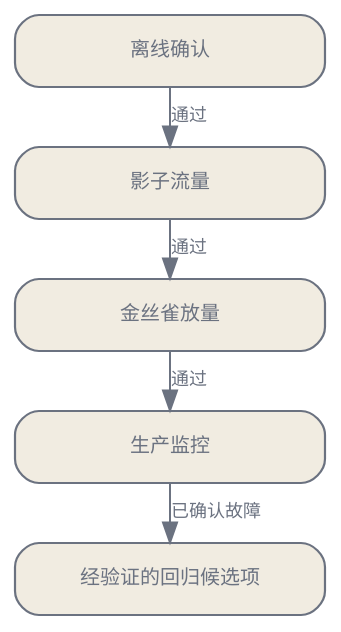
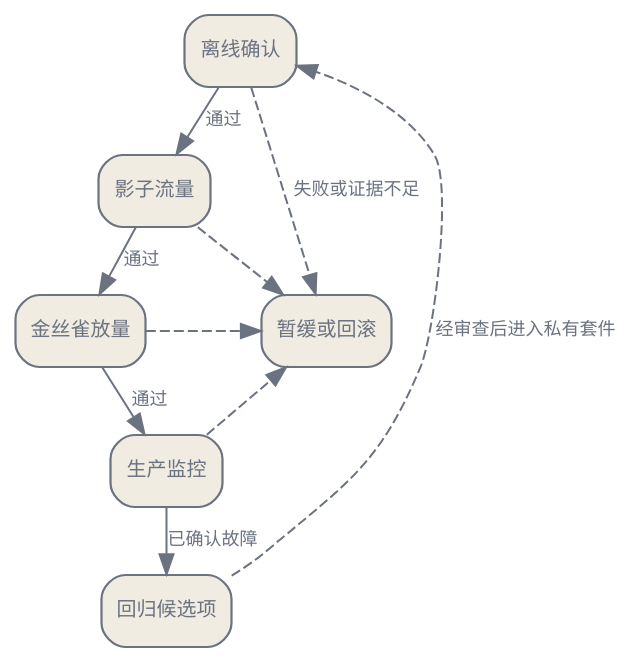
One commit to latere-ai/ai-as-an-infrastructure changed the diagram in zh/evaluation/07-operational-evaluation.qmd. Above: the diagram before and after it, drawn with Graphviz. The commit also changed 1 other file, not shown here.

Commit message:
evaluation: release gates draw the hold or rollback path from every stage and the reviewed return to the suite
The caption says failure or insufficient evidence at any stage holds or rolls back the candidate and that confirmed production failures return to the private suite only after review; neither path was drawn. Each stage now has a dashed edge to hold or roll back, and the regression candidate returns to offline confirmation through intake review.

````diff
--- a/zh/evaluation/07-operational-evaluation.qmd
+++ b/zh/evaluation/07-operational-evaluation.qmd
@@ -60,20 +60,27 @@
 ```{dot}
 //| label: fig-operational-evaluation-gates
 //| fig-cap: "一次发布会依次经过四个证据阶段。任何阶段出现失败或证据不足，候选版本都会被暂缓或回滚。经确认的生产故障先成为私有套件的候选项，经过审查后才会正式进入套件。"
 digraph {
   bgcolor="transparent";
   rankdir=TB;
-  nodesep=0.24; ranksep=0.28;
-  node [shape=box, style="rounded,filled", fontname="Helvetica", fontsize=10, color="#6b7280", fontcolor="#6b7280", fillcolor="#f1ece1", penwidth=1.1, width=2.15];
+  nodesep=0.4; ranksep=0.32;
+  node [shape=box, style="rounded,filled", fontname="Helvetica", fontsize=10, color="#6b7280", fontcolor="#6b7280", fillcolor="#f1ece1", penwidth=1.1];
   edge [fontsize=9, fontname="Helvetica", color="#6b7280", fontcolor="#6b7280"];
   OFF [label="离线确认"];
   SH [label="影子流量"];
   CAN [label="金丝雀放量"];
   MON [label="生产监控"];
-  IN [label="经验证的回归候选项"];
+  HOLD [label="暂缓或回滚"];
+  IN [label="回归候选项"];
   OFF -> SH [label="通过"];
   SH -> CAN [label="通过"];
   CAN -> MON [label="通过"];
   MON -> IN [label="已确认故障"];
+  OFF -> HOLD [style=dashed, label="失败或证据不足"];
+  SH -> HOLD [style=dashed];
+  CAN -> HOLD [style=dashed];
+  MON -> HOLD [style=dashed];
+  IN -> OFF [style=dashed, constraint=false, label="经审查后进入私有套件"];
+  { rank=same; CAN; HOLD; }
 }
 ```
````
